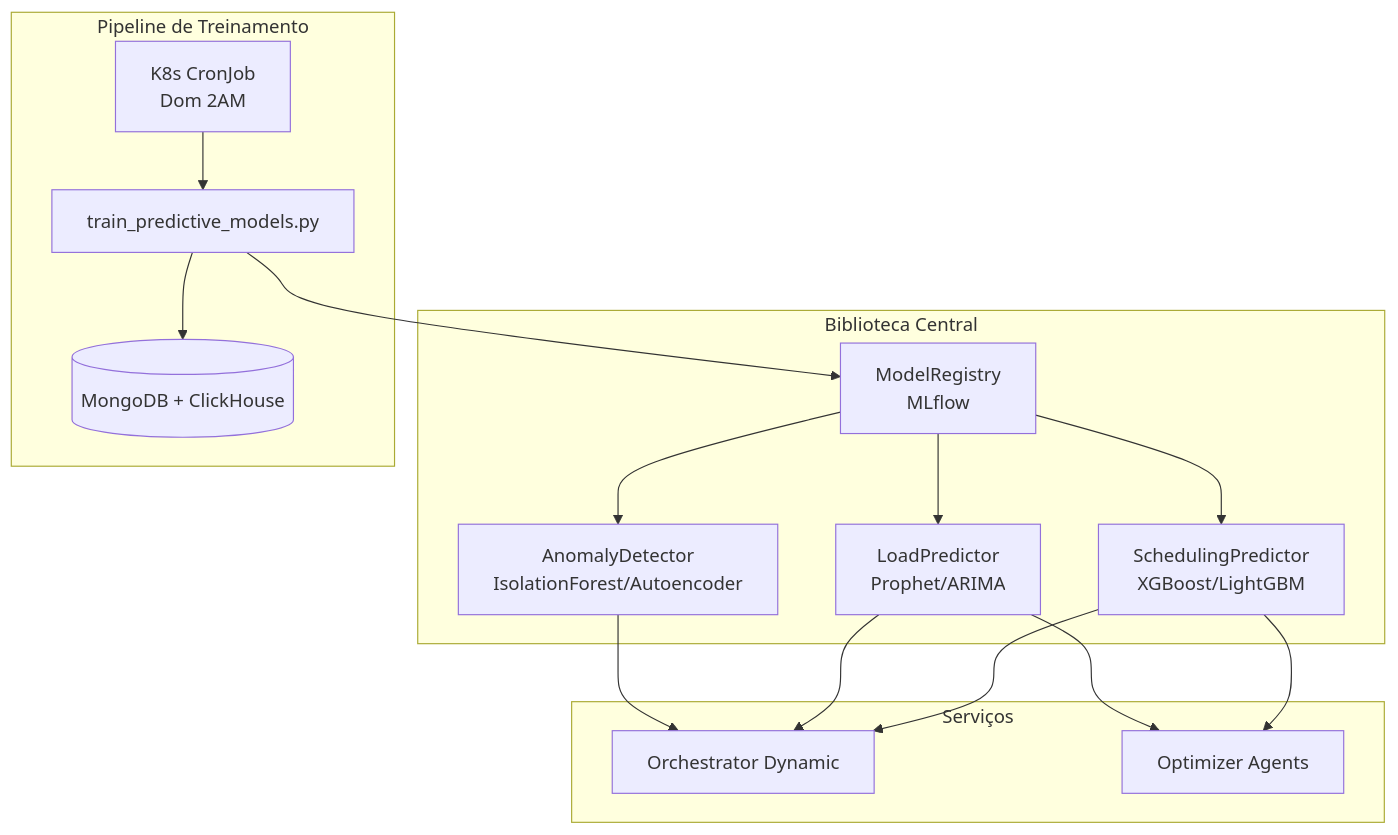
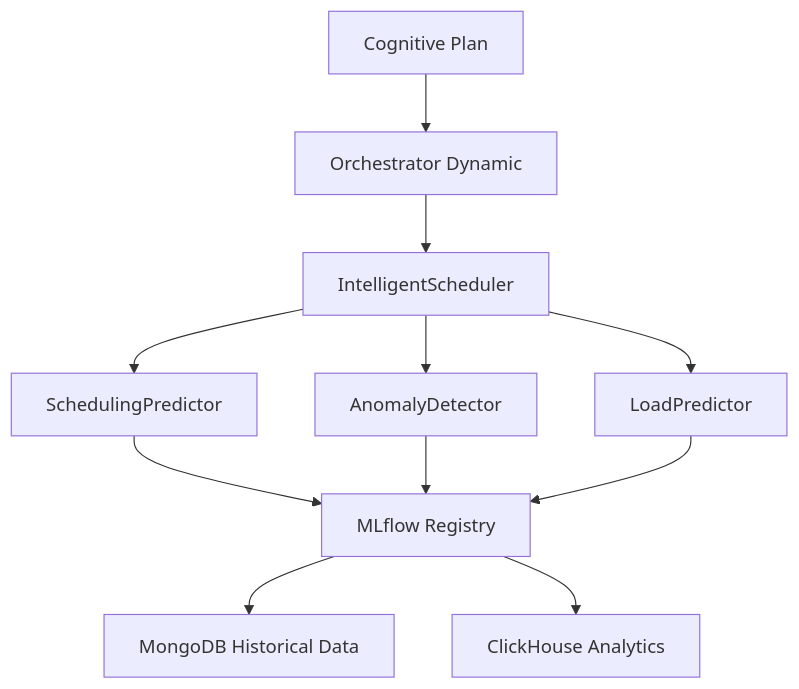
One commit to albinoJimy/Neural-Hive-Mind changed the diagram in docs/ml/PREDICTIVE_MODELS_GUIDE.md. Above: the diagram before and after it, drawn with Mermaid. The commit also changed other lines of this file and 1330 other files, not shown here.

First line of the commit message:
feat: major update with ML pipelines, observability, helm charts and services improvements

````diff
--- a/docs/ml/PREDICTIVE_MODELS_GUIDE.md
+++ b/docs/ml/PREDICTIVE_MODELS_GUIDE.md
@@ -9,35 +13,13 @@
 ```mermaid
-graph TB
-    subgraph "Biblioteca Central"
-        MLRegistry[ModelRegistry<br/>MLflow]
-        SP[SchedulingPredictor<br/>XGBoost/LightGBM]
-        LP[LoadPredictor<br/>Prophet/ARIMA]
-        AD[AnomalyDetector<br/>IsolationForest/Autoencoder]
-    end
-
-    subgraph "Serviços"
-        Orch[Orchestrator Dynamic]
-        Opt[Optimizer Agents]
-    end
-
-    subgraph "Pipeline de Treinamento"
-        CronJob[K8s CronJob<br/>Dom 2AM]
-        Training[train_predictive_models.py]
-        Data[(MongoDB + ClickHouse)]
-    end
-
-    MLRegistry --> SP
-    MLRegistry --> LP
-    MLRegistry --> AD
-
-    SP --> Orch
-    LP --> Orch
-    AD --> Orch
-
-    SP --> Opt
-    LP --> Opt
-
-    CronJob --> Training
-    Training --> Data
-    Training --> MLRegistry
+graph TD
+    A[Cognitive Plan] --> B[Orchestrator Dynamic]
+    B --> C[IntelligentScheduler]
+    C --> D[SchedulingPredictor]
+    C --> E[AnomalyDetector]
+    C --> F[LoadPredictor]
+    D --> G[MLflow Registry]
+    E --> G
+    F --> G
+    G --> H[MongoDB Historical Data]
+    G --> I[ClickHouse Analytics]
 ```
````
